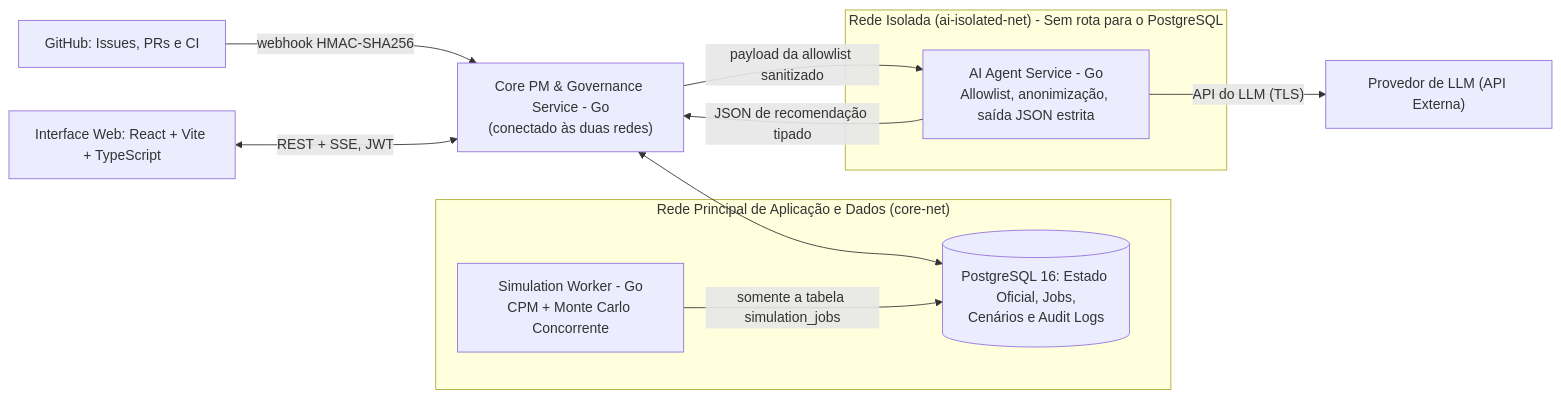
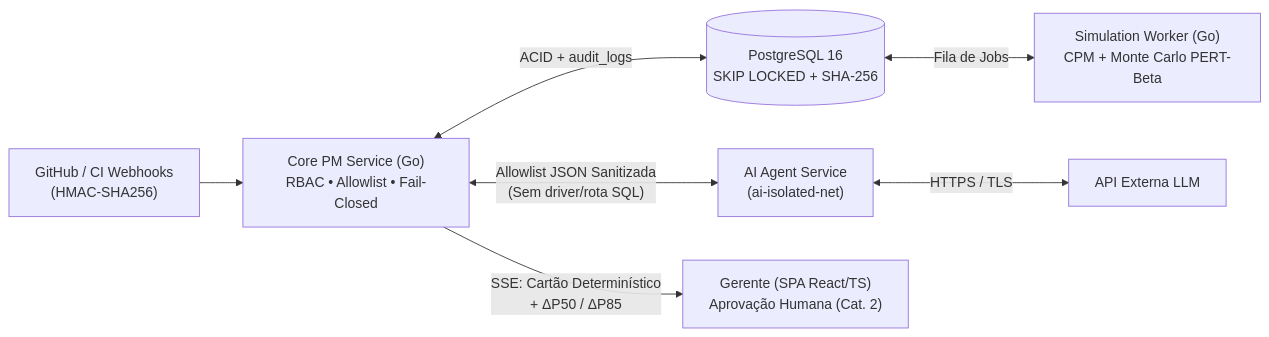
The diagram in README.md (carlinn1/TCC-01), drawn with Mermaid before and after one commit. The commit also changed other lines of this file, not shown here.

````diff
--- a/README.md
+++ b/README.md
@@ -390,25 +50,9 @@
 ```mermaid
 flowchart LR
-    GIT["GitHub: Issues, PRs e CI"]
-    UI["Interface Web: React + Vite + TypeScript"]
-    LLM["Provedor de LLM (API Externa)"]
-
-    CORE["Core PM & Governance Service - Go<br/>(conectado às duas redes)"]
-
-    subgraph CoreNet ["Rede Principal de Aplicação e Dados (core-net)"]
-        PG[("PostgreSQL 16: Estado Oficial, Jobs,<br/>Cenários e Audit Logs")]
-        SIM["Simulation Worker - Go<br/>CPM + Monte Carlo Concorrente"]
-    end
-
-    subgraph IsolatedNet ["Rede Isolada (ai-isolated-net) - Sem rota para o PostgreSQL"]
-        AI["AI Agent Service - Go<br/>Allowlist, anonimização, saída JSON estrita"]
-    end
-
-    GIT -->|"webhook HMAC-SHA256"| CORE
-    UI <-->|"REST + SSE, JWT"| CORE
-    CORE <--> PG
-    SIM -->|"somente a tabela simulation_jobs"| PG
-    CORE -->|"payload da allowlist sanitizado"| AI
-    AI -->|"JSON de recomendação tipado"| CORE
-    AI -->|"API do LLM (TLS)"| LLM
+    GH["GitHub / CI Webhooks<br/>(HMAC-SHA256)"] --> Core["Core PM Service (Go)<br/>RBAC • Allowlist • Fail-Closed"]
+    Core <-->|"ACID + audit_logs"| PG[("PostgreSQL 16<br/>SKIP LOCKED + SHA-256")]
+    PG <-->|"Fila de Jobs"| Worker["Simulation Worker (Go)<br/>CPM + Monte Carlo PERT-Beta"]
+    Core <-->|"Allowlist JSON Sanitizada<br/>(Sem driver/rota SQL)"| AI["AI Agent Service<br/>(ai-isolated-net)"]
+    AI <-->|"HTTPS / TLS"| LLM["API Externa LLM"]
+    Core -->|"SSE: Cartão Determinístico<br/>+ ΔP50 / ΔP85"| UI["Gerente (SPA React/TS)<br/>Aprovação Humana (Cat. 2)"]
 ```
````
